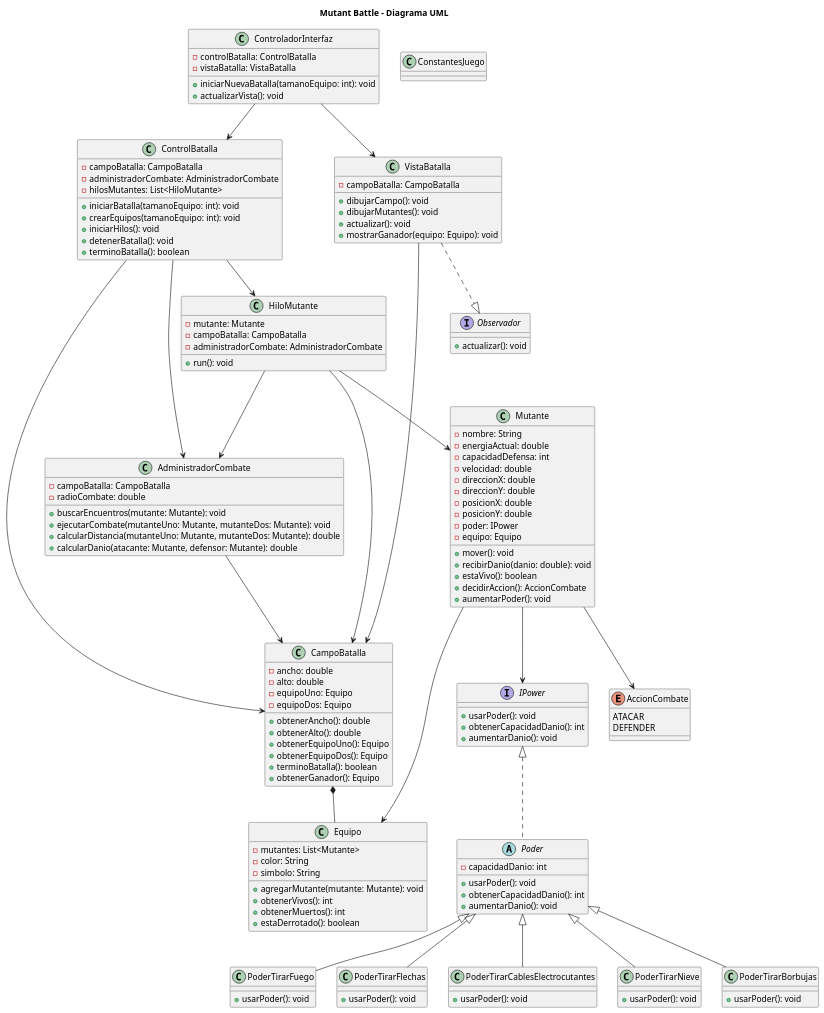
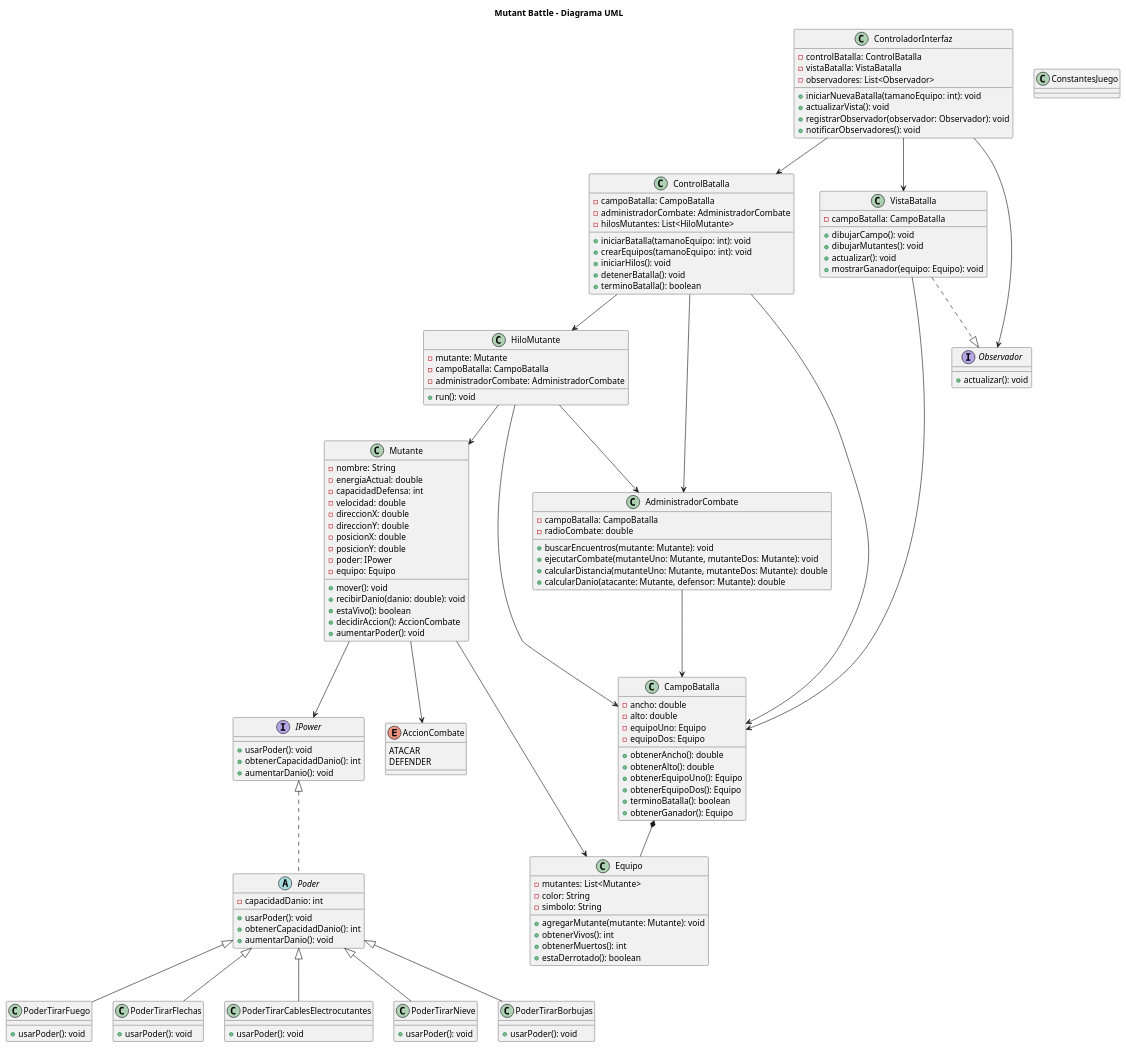
One commit to Eimyvh/Mutant-Battle-Game changed the diagram in README.md. Above: the diagram before and after it, drawn with PlantUML. The commit also changed other lines of this file, not shown here.

Commit message:
Actualización del código UML

```diff
--- a/README.md
+++ b/README.md
@@ -454,9 +457,12 @@
 class ControladorInterfaz {
     -controlBatalla: ControlBatalla
     -vistaBatalla: VistaBatalla
+    -observadores: List<Observador>
 
     +iniciarNuevaBatalla(tamanoEquipo: int): void
     +actualizarVista(): void
+    +registrarObservador(observador: Observador): void
+    +notificarObservadores(): void
 }
 
 ' =========================
@@ -498,5 +504,6 @@
 
 ControladorInterfaz --> ControlBatalla
 ControladorInterfaz --> VistaBatalla
+ControladorInterfaz --> Observador
 
 @enduml
```
